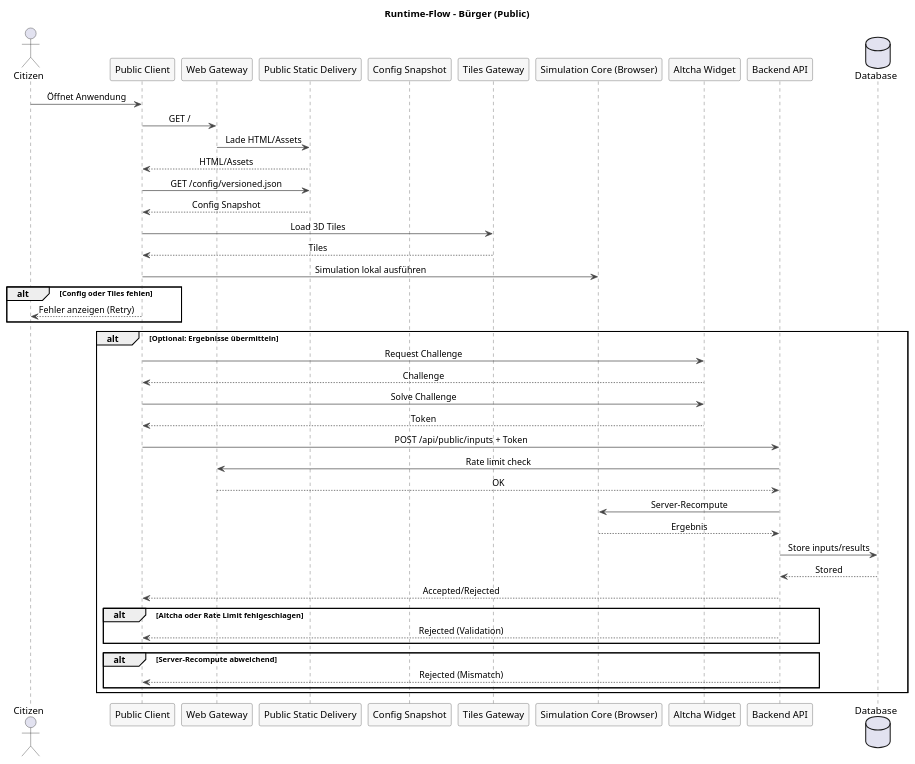
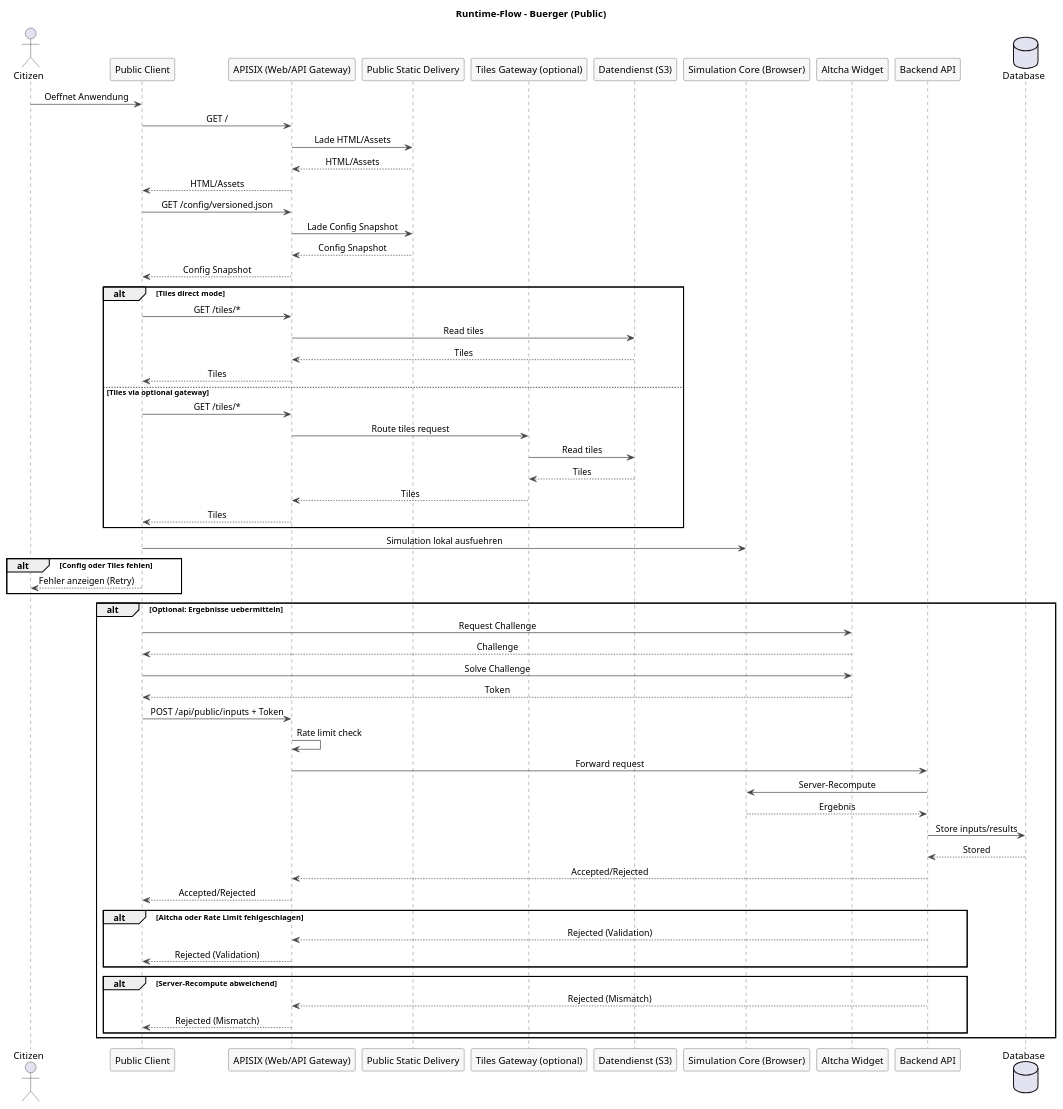
Before and after one commit to csi-FOXBYTE/Regensburg_DigitalerEnergieZwilling_Backend: the diagram in docs/architecture/raw/runtime-flow-public.puml, drawn with PlantUML. The commit also changed 36 other files, not shown here.

```diff
--- a/docs/architecture/raw/runtime-flow-public.puml
+++ b/docs/architecture/raw/runtime-flow-public.puml
@@ -1,63 +1,83 @@
 @startuml
 skinparam sequenceMessageAlign center
 skinparam responseMessageBelowArrow true
 skinparam sequence {
   ParticipantBorderColor #444444
   ParticipantBackgroundColor #F7F7F7
   LifeLineBorderColor #444444
   ArrowColor #444444
   NoteBorderColor #444444
   NoteBackgroundColor #F7F7F7
 }
 
-title Runtime-Flow - Bürger (Public)
+title Runtime-Flow - Buerger (Public)
 
 actor Citizen as user
 participant "Public Client" as client
-participant "Web Gateway" as gateway
+participant "APISIX (Web/API Gateway)" as gateway
 participant "Public Static Delivery" as public_static
-participant "Config Snapshot" as config
-participant "Tiles Gateway" as tiles
+participant "Tiles Gateway (optional)" as tiles
+participant "Datendienst (S3)" as s3
 participant "Simulation Core (Browser)" as sim
 participant "Altcha Widget" as altcha
 participant "Backend API" as api
 database "Database" as db
 
-user -> client: Öffnet Anwendung
+user -> client: Oeffnet Anwendung
 client -> gateway: GET /
 gateway -> public_static: Lade HTML/Assets
-public_static --> client: HTML/Assets
-client -> public_static: GET /config/versioned.json
-public_static --> client: Config Snapshot
-client -> tiles: Load 3D Tiles
-tiles --> client: Tiles
-client -> sim: Simulation lokal ausführen
+public_static --> gateway: HTML/Assets
+gateway --> client: HTML/Assets
+
+client -> gateway: GET /config/versioned.json
+gateway -> public_static: Lade Config Snapshot
+public_static --> gateway: Config Snapshot
+gateway --> client: Config Snapshot
+
+alt Tiles direct mode
+  client -> gateway: GET /tiles/*
+  gateway -> s3: Read tiles
+  s3 --> gateway: Tiles
+  gateway --> client: Tiles
+else Tiles via optional gateway
+  client -> gateway: GET /tiles/*
+  gateway -> tiles: Route tiles request
+  tiles -> s3: Read tiles
+  s3 --> tiles: Tiles
+  tiles --> gateway: Tiles
+  gateway --> client: Tiles
+end
+
+client -> sim: Simulation lokal ausfuehren
 
 alt Config oder Tiles fehlen
   client --> user: Fehler anzeigen (Retry)
 end
 
-alt Optional: Ergebnisse übermitteln
+alt Optional: Ergebnisse uebermitteln
   client -> altcha: Request Challenge
   altcha --> client: Challenge
   client -> altcha: Solve Challenge
   altcha --> client: Token
-  client -> api: POST /api/public/inputs + Token
-  api -> gateway: Rate limit check
-  gateway --> api: OK
+  client -> gateway: POST /api/public/inputs + Token
+  gateway -> gateway: Rate limit check
+  gateway -> api: Forward request
   api -> sim: Server-Recompute
   sim --> api: Ergebnis
   api -> db: Store inputs/results
   db --> api: Stored
-  api --> client: Accepted/Rejected
+  api --> gateway: Accepted/Rejected
+  gateway --> client: Accepted/Rejected
 
   alt Altcha oder Rate Limit fehlgeschlagen
-    api --> client: Rejected (Validation)
+    api --> gateway: Rejected (Validation)
+    gateway --> client: Rejected (Validation)
   end
 
   alt Server-Recompute abweichend
-    api --> client: Rejected (Mismatch)
+    api --> gateway: Rejected (Mismatch)
+    gateway --> client: Rejected (Mismatch)
   end
 end
 
 @enduml
```
